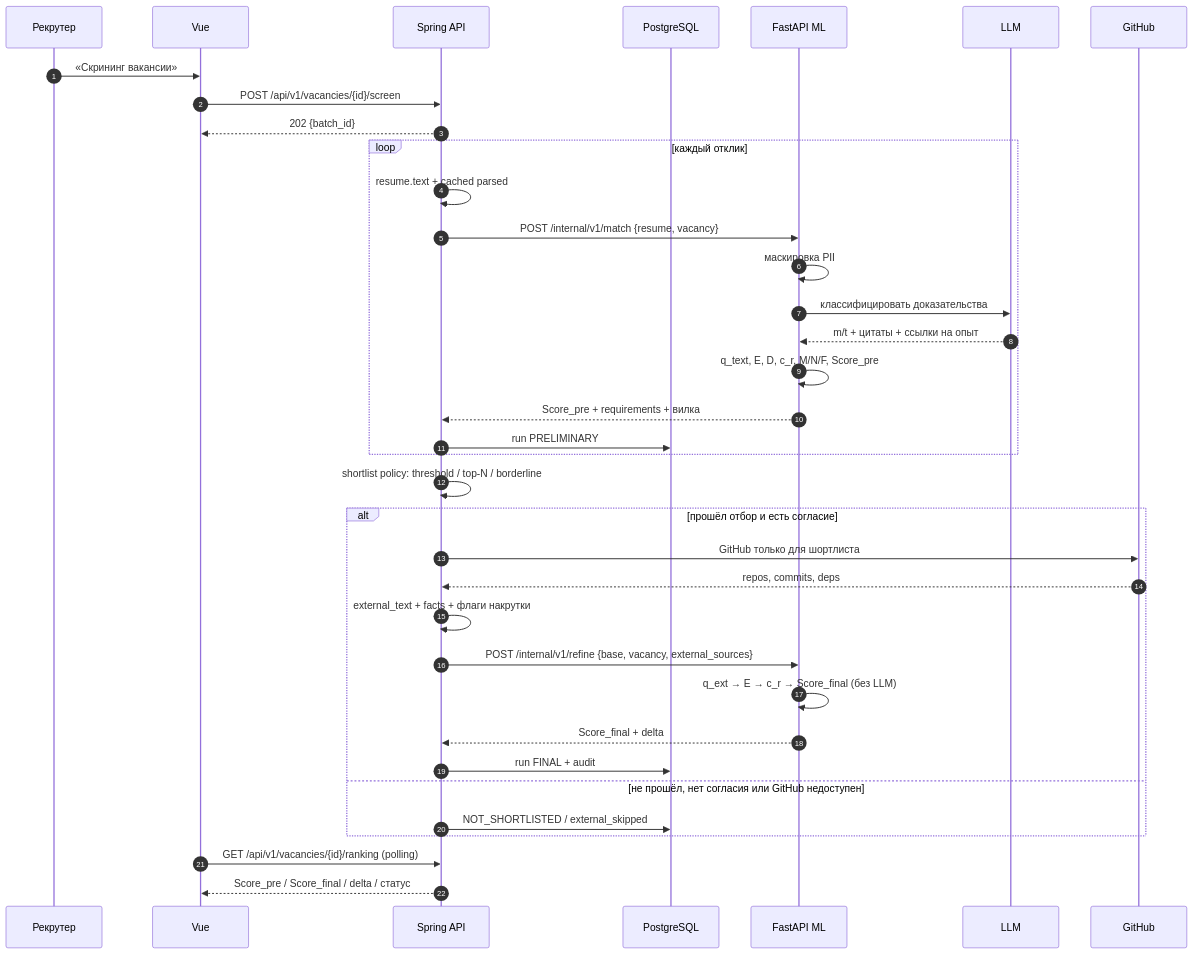
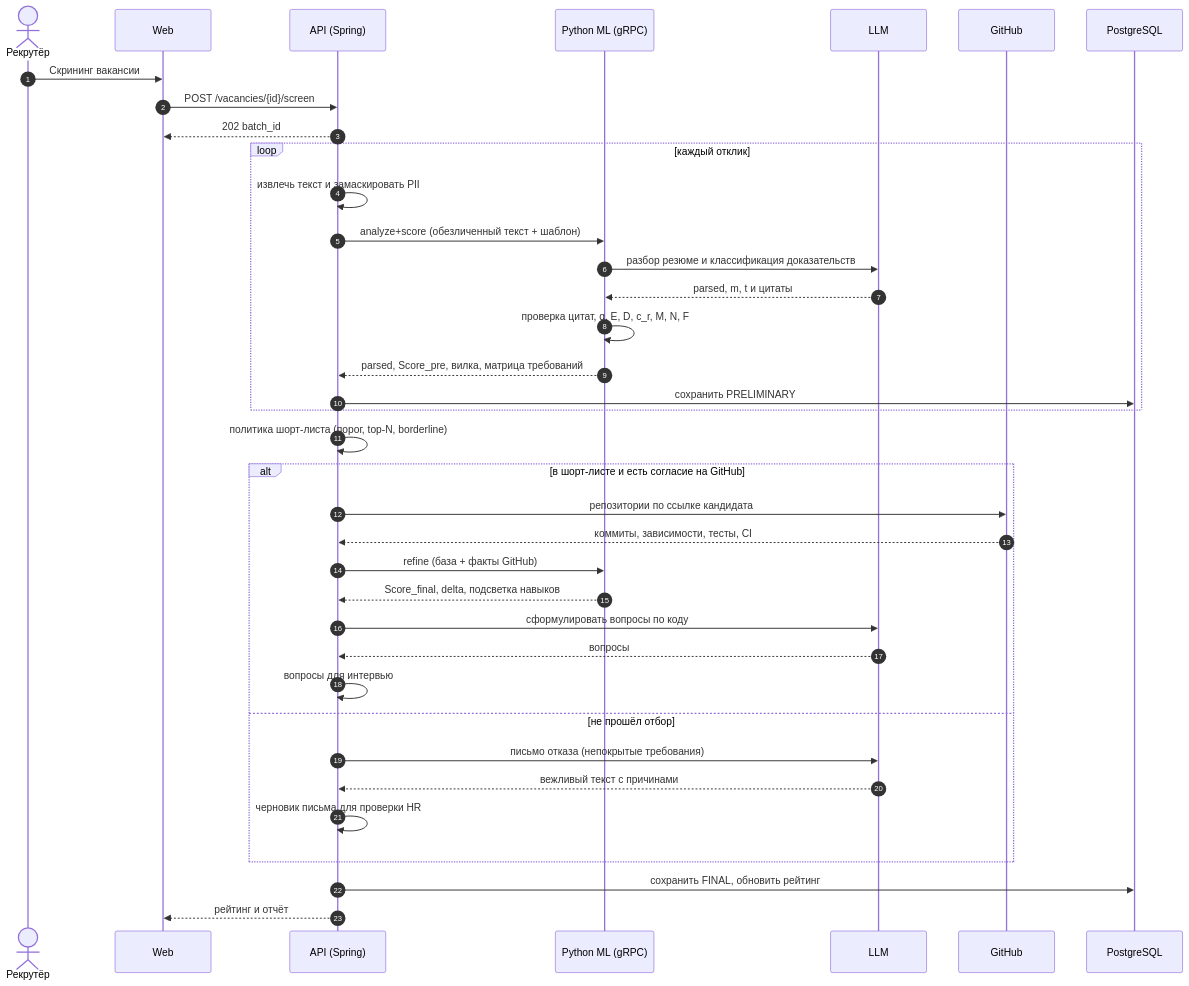
The third of 7 diagrams in README.md (MiZentUi/tracing_ats), drawn with Mermaid before and after one commit. The commit also changed other lines of this file and 3 other files, not shown here.

````diff
--- a/README.md
+++ b/README.md
@@ -305,39 +284,40 @@
 ```mermaid
 sequenceDiagram
     autonumber
-    participant U as Рекрутер
-    participant W as Vue
-    participant A as Spring API
-    participant DB as PostgreSQL
-    participant M as FastAPI ML
+    actor HR as Рекрутёр
+    participant W as Web
+    participant A as API (Spring)
+    participant P as Python ML (gRPC)
     participant L as LLM
     participant G as GitHub
+    participant D as PostgreSQL
 
-    U->>W: «Скрининг вакансии»
-    W->>A: POST /api/v1/vacancies/{id}/screen
-    A-->>W: 202 {batch_id}
+    HR->>W: Скрининг вакансии
+    W->>A: POST /vacancies/{id}/screen
+    A-->>W: 202 batch_id
     loop каждый отклик
-        A->>A: resume.text + cached parsed
-        A->>M: POST /internal/v1/match {resume, vacancy}
-        M->>M: маскировка PII
-        M->>L: классифицировать доказательства
-        L-->>M: m/t + цитаты + ссылки на опыт
-        M->>M: q_text, E, D, c_r, M/N/F, Score_pre
-        M-->>A: Score_pre + requirements + вилка
-        A->>DB: run PRELIMINARY
+        A->>A: извлечь текст и замаскировать PII
+        A->>P: analyze+score (обезличенный текст + шаблон)
+        P->>L: разбор резюме и классификация доказательств
+        L-->>P: parsed, m, t и цитаты
+        P->>P: проверка цитат, q, E, D, c_r, M, N, F
+        P-->>A: parsed, Score_pre, вилка, матрица требований
+        A->>D: сохранить PRELIMINARY
     end
-    A->>A: shortlist policy: threshold / top-N / borderline
-    alt прошёл отбор и есть согласие
-        A->>G: GitHub только для шортлиста
-        G-->>A: repos, commits, deps
-        A->>A: external_text + facts + флаги накрутки
-        A->>M: POST /internal/v1/refine {base, vacancy, external_sources}
-        M->>M: q_ext → E → c_r → Score_final (без LLM)
-        M-->>A: Score_final + delta
-        A->>DB: run FINAL + audit
-    else не прошёл, нет согласия или GitHub недоступен
-        A->>DB: NOT_SHORTLISTED / external_skipped
+    A->>A: политика шорт-листа (порог, top-N, borderline)
+    alt в шорт-листе и есть согласие на GitHub
+        A->>G: репозитории по ссылке кандидата
+        G-->>A: коммиты, зависимости, тесты, CI
+        A->>P: refine (база + факты GitHub)
+        P-->>A: Score_final, delta, подсветка навыков
+        A->>L: сформулировать вопросы по коду
+        L-->>A: вопросы
+        A->>A: вопросы для интервью
+    else не прошёл отбор
+        A->>L: письмо отказа (непокрытые требования)
+        L-->>A: вежливый текст с причинами
+        A->>A: черновик письма для проверки HR
     end
-    W->>A: GET /api/v1/vacancies/{id}/ranking (polling)
-    A-->>W: Score_pre / Score_final / delta / статус
+    A->>D: сохранить FINAL, обновить рейтинг
+    A-->>W: рейтинг и отчёт
 ```
````
